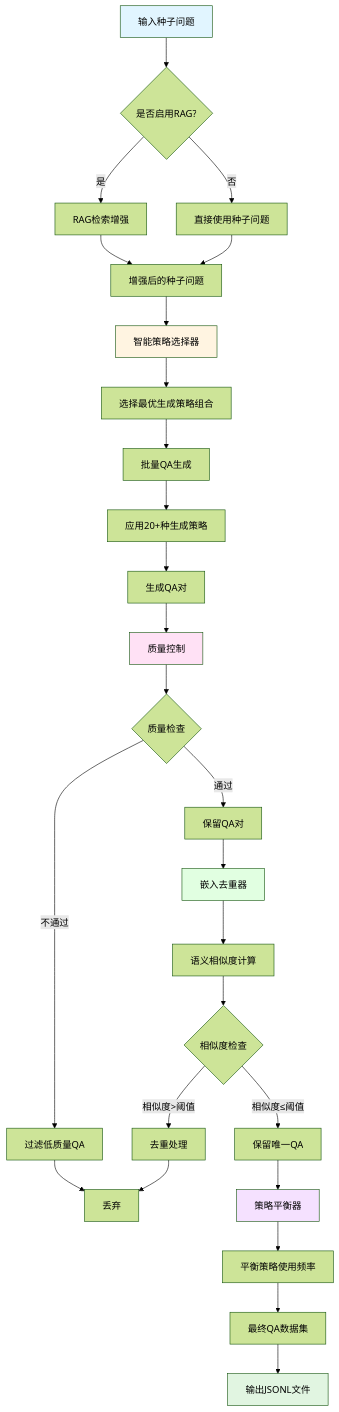
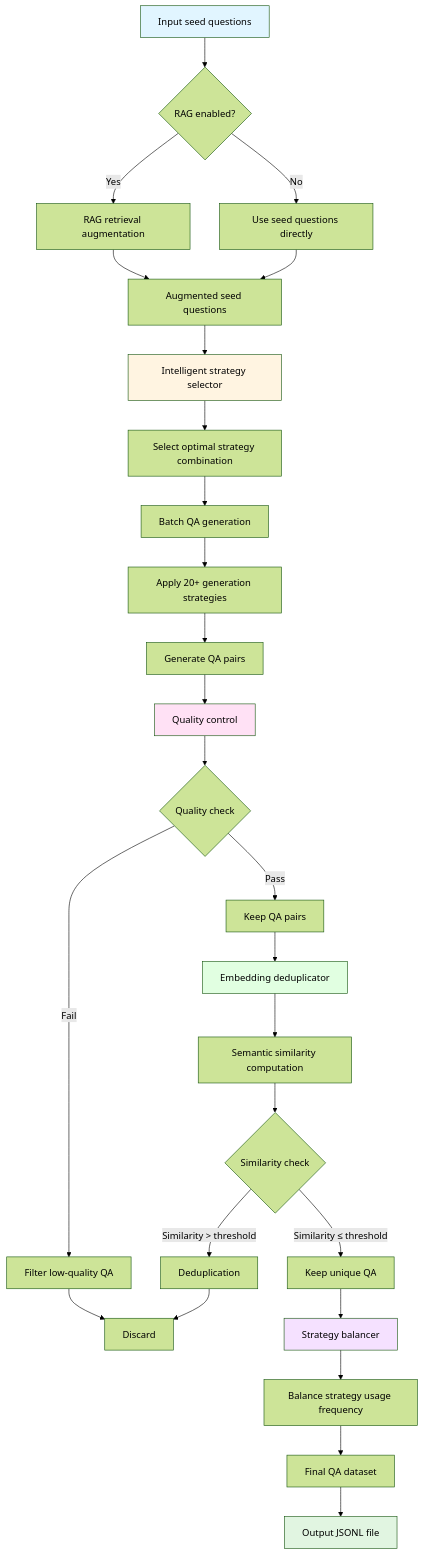
One commit to JackKuo666/QALoop changed the first of 3 diagrams in pipelines/expert_qa_augmentation/README.md. Above: the diagram before and after it, drawn with Mermaid (forest theme). The commit also changed other lines of this file and 25 other files, not shown here.

````diff
--- a/pipelines/expert_qa_augmentation/README.md
+++ b/pipelines/expert_qa_augmentation/README.md
@@ -11,40 +11,40 @@
 ```mermaid
 flowchart TD
-    A[输入种子问题] --> B{是否启用RAG?}
-    B -->|是| C[RAG检索增强]
-    B -->|否| D[直接使用种子问题]
-    C --> E[增强后的种子问题]
+    A[Input seed questions] --> B{RAG enabled?}
+    B -->|Yes| C[RAG retrieval augmentation]
+    B -->|No| D[Use seed questions directly]
+    C --> E[Augmented seed questions]
     D --> E
     
-    E --> F[智能策略选择器]
-    F --> G[选择最优生成策略组合]
+    E --> F[Intelligent strategy selector]
+    F --> G[Select optimal strategy combination]
     
-    G --> H[批量QA生成]
-    H --> I[应用20+种生成策略]
-    I --> J[生成QA对]
+    G --> H[Batch QA generation]
+    H --> I[Apply 20+ generation strategies]
+    I --> J[Generate QA pairs]
     
-    J --> K[质量控制]
-    K --> L{质量检查}
-    L -->|不通过| M[过滤低质量QA]
-    L -->|通过| N[保留QA对]
-    M --> O[丢弃]
-    N --> P[嵌入去重器]
+    J --> K[Quality control]
+    K --> L{Quality check}
+    L -->|Fail| M[Filter low-quality QA]
+    L -->|Pass| N[Keep QA pairs]
+    M --> O[Discard]
+    N --> P[Embedding deduplicator]
     
-    P --> Q[语义相似度计算]
-    Q --> R{相似度检查}
-    R -->|相似度>阈值| S[去重处理]
-    R -->|相似度≤阈值| T[保留唯一QA]
+    P --> Q[Semantic similarity computation]
+    Q --> R{Similarity check}
+    R -->|Similarity > threshold| S[Deduplication]
+    R -->|Similarity ≤ threshold| T[Keep unique QA]
     S --> O
-    T --> U[策略平衡器]
+    T --> U[Strategy balancer]
     
-    U --> V[平衡策略使用频率]
-    V --> W[最终QA数据集]
-    W --> X[输出JSONL文件]
+    U --> V[Balance strategy usage frequency]
+    V --> W[Final QA dataset]
+    W --> X[Output JSONL file]
     
     style A fill:#e1f5ff
     style F fill:#fff4e1
     style K fill:#ffe1f5
     style P fill:#e1ffe1
     style U fill:#f5e1ff
     style X fill:#e1f5e1
 ```
````
